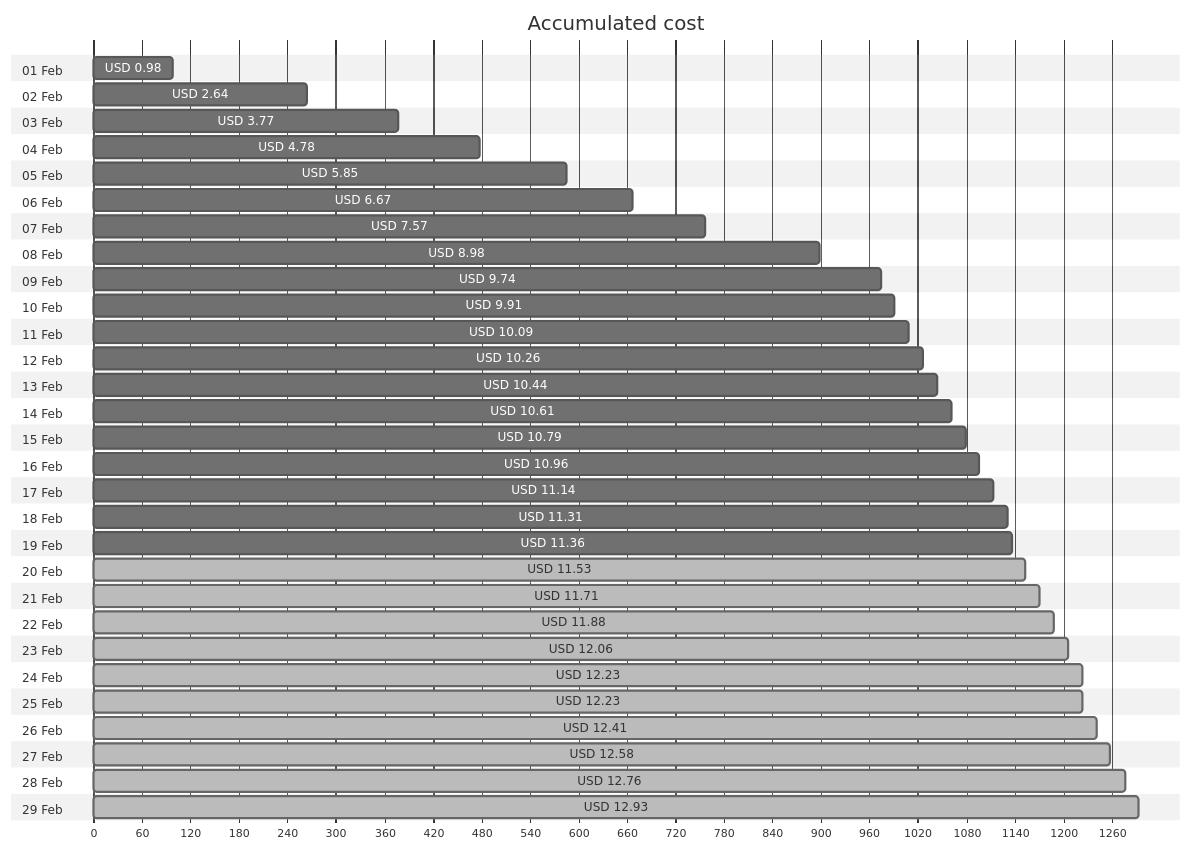
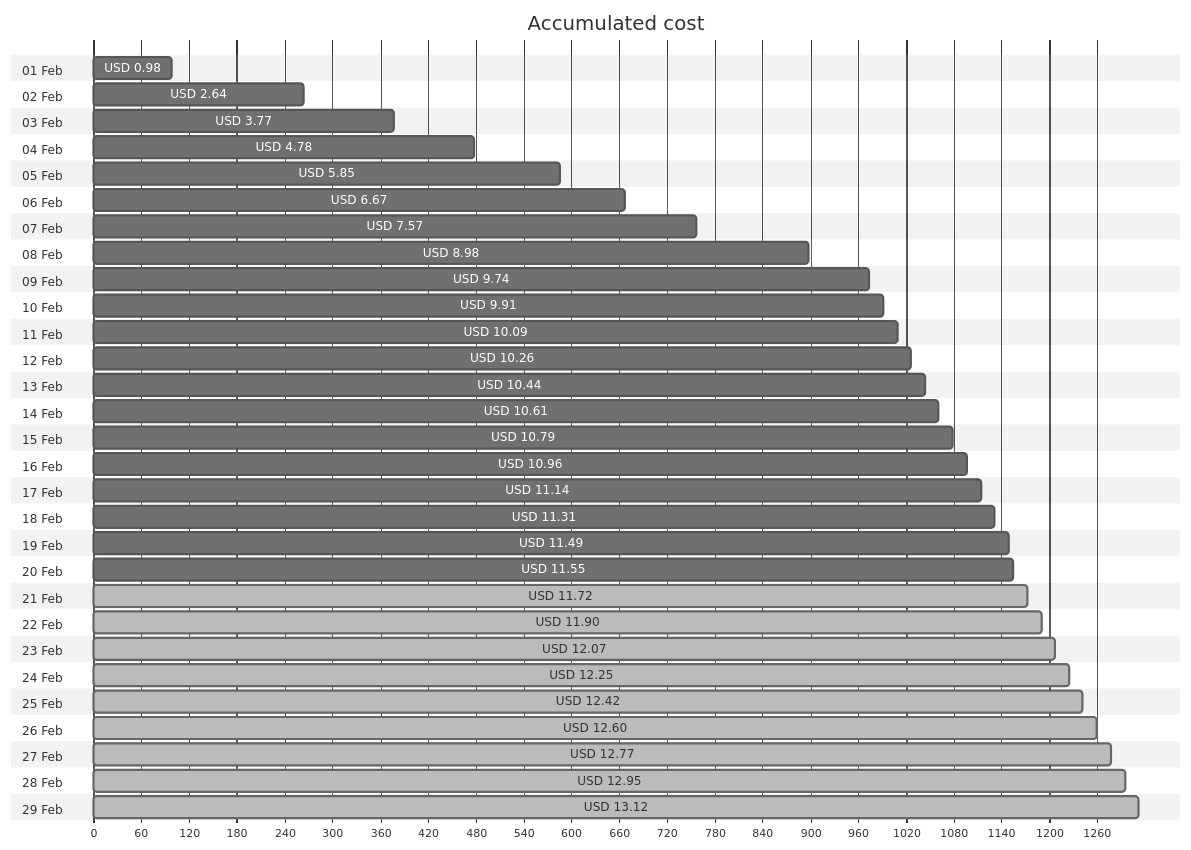
The first of 4 diagrams in cost-reports/personal-network/vpn-server.md (jpfulton/azure-personal-reports), drawn with Mermaid (neutral theme) before and after one commit. The commit also changed other lines of this file and 8 other files, not shown here.

````diff
--- a/cost-reports/personal-network/vpn-server.md
+++ b/cost-reports/personal-network/vpn-server.md
@@ -20,64 +20,64 @@
 ```mermaid
 gantt
    title Accumulated cost
    dateFormat  X
    axisFormat %s
    section 01 Feb
    USD 0.98 :0, 98
    section 02 Feb
    USD 2.64 :0, 264
    section 03 Feb
    USD 3.77 :0, 377
    section 04 Feb
    USD 4.78 :0, 478
    section 05 Feb
    USD 5.85 :0, 585
    section 06 Feb
    USD 6.67 :0, 667
    section 07 Feb
    USD 7.57 :0, 757
    section 08 Feb
    USD 8.98 :0, 898
    section 09 Feb
    USD 9.74 :0, 974
    section 10 Feb
    USD 9.91 :0, 991
    section 11 Feb
    USD 10.09 :0, 1009
    section 12 Feb
    USD 10.26 :0, 1026
    section 13 Feb
    USD 10.44 :0, 1044
    section 14 Feb
    USD 10.61 :0, 1061
    section 15 Feb
    USD 10.79 :0, 1079
    section 16 Feb
    USD 10.96 :0, 1096
    section 17 Feb
    USD 11.14 :0, 1114
    section 18 Feb
    USD 11.31 :0, 1131
    section 19 Feb
-   USD 11.36 :0, 1136
+   USD 11.49 :0, 1149
    section 20 Feb
-   USD 11.53 : done, 0, 1153
+   USD 11.55 :0, 1155
    section 21 Feb
-   USD 11.71 : done, 0, 1171
+   USD 11.72 : done, 0, 1172
    section 22 Feb
-   USD 11.88 : done, 0, 1188
+   USD 11.90 : done, 0, 1190
    section 23 Feb
-   USD 12.06 : done, 0, 1206
+   USD 12.07 : done, 0, 1207
    section 24 Feb
-   USD 12.23 : done, 0, 1223
+   USD 12.25 : done, 0, 1225
    section 25 Feb
-   USD 12.23 : done, 0, 1223
+   USD 12.42 : done, 0, 1242
    section 26 Feb
-   USD 12.41 : done, 0, 1241
+   USD 12.60 : done, 0, 1260
    section 27 Feb
-   USD 12.58 : done, 0, 1258
+   USD 12.77 : done, 0, 1277
    section 28 Feb
-   USD 12.76 : done, 0, 1276
+   USD 12.95 : done, 0, 1295
    section 29 Feb
-   USD 12.93 : done, 0, 1293
+   USD 13.12 : done, 0, 1312
 ```
````
